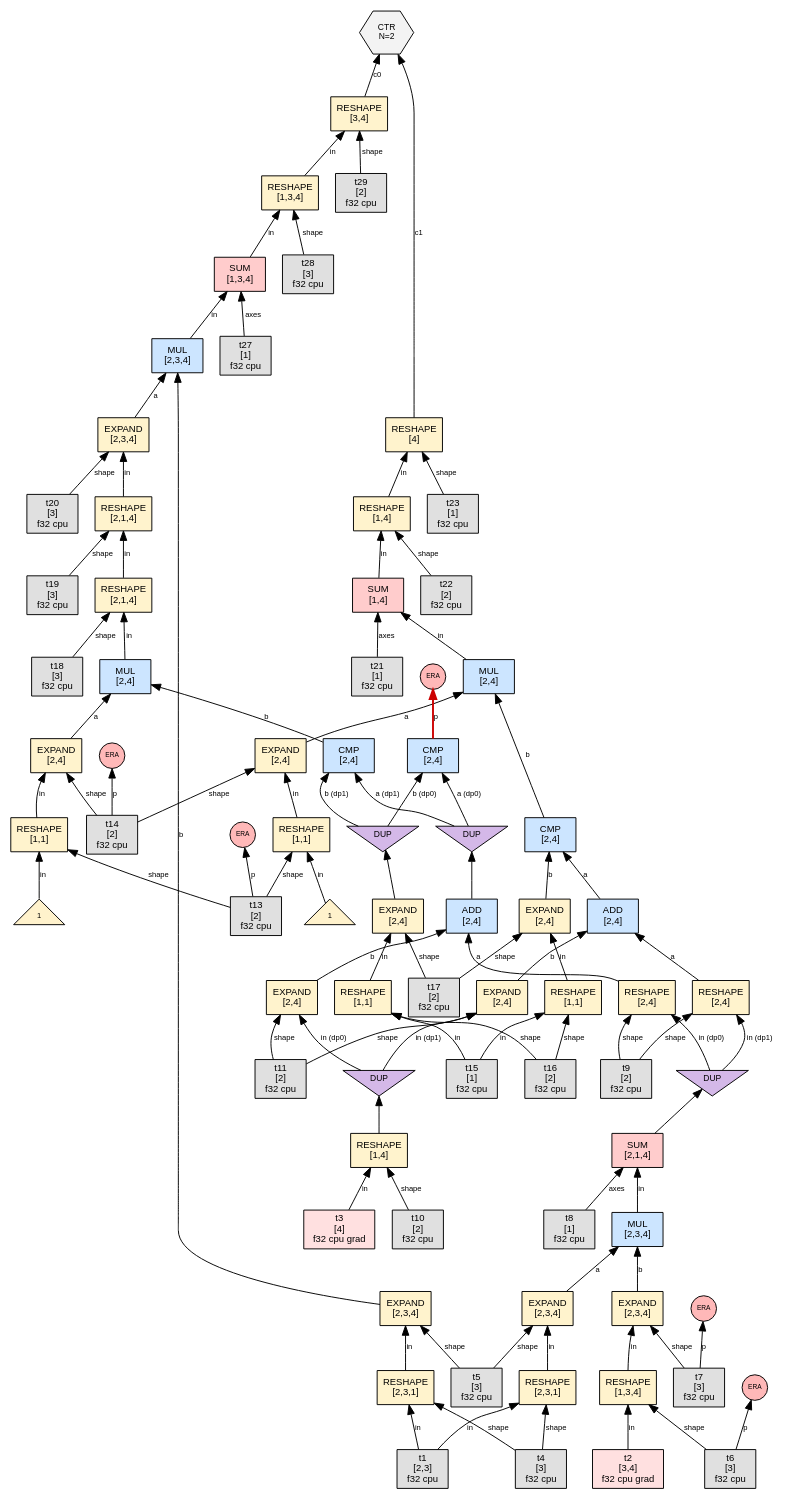
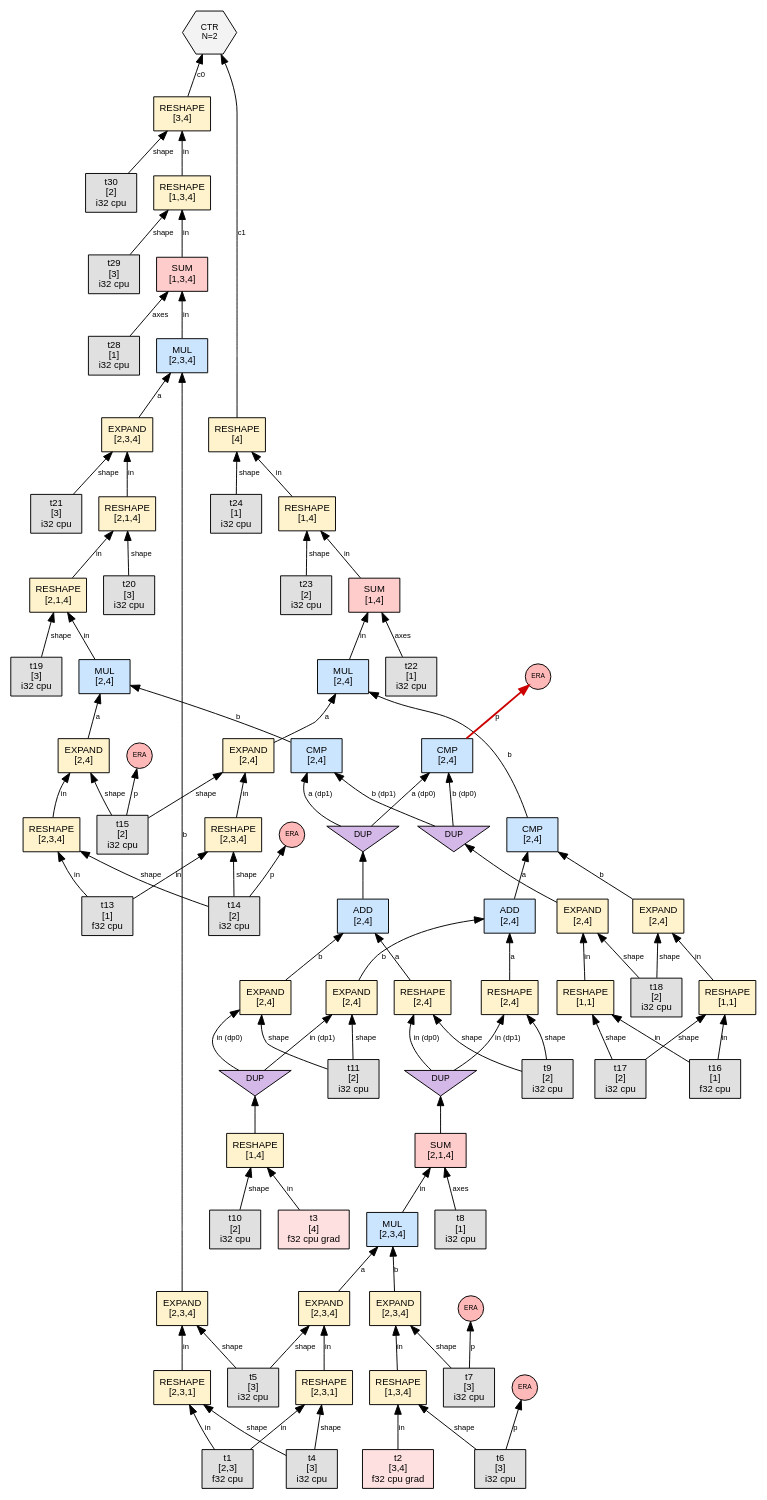
The diagram in phase1_graphs/tiny_linear_bias_keep/step_077_interact_DP1.dot (sw1sh/TinyHVM), drawn with Graphviz before and after one commit. The commit also changed 448 other files, not shown here.

First line of the commit message:
test: refresh archived phase graphs

```diff
--- a/phase1_graphs/tiny_linear_bias_keep/step_077_interact_DP1.dot
+++ b/phase1_graphs/tiny_linear_bias_keep/step_077_interact_DP1.dot
@@ -1,170 +1,169 @@
 digraph G {
   // PREV_INTERACTION: interact_DP1
   // NEXT_INTERACTION: interact_era_on_CMP
   rankdir=BT;
   node [fontname="Helvetica", fontsize=10, style=filled, shape=box, margin="0.1,0.05"];
   edge [fontsize=8, fontname="Helvetica"];
 
   n267 [label="RESHAPE\n[3,4]", shape=box, fillcolor="#fff3cd"];
   n251 -> n267 [label="in"];
-  t29 [label="t29\n[2]\nf32 cpu",shape=box,fillcolor="#e0e0e0"];
-  t29 -> n267 [label="shape"];
+  t30 [label="t30\n[2]\ni32 cpu",shape=box,fillcolor="#e0e0e0"];
+  t30 -> n267 [label="shape"];
   n173 [label="RESHAPE\n[4]", shape=box, fillcolor="#fff3cd"];
   n161 -> n173 [label="in"];
-  t23 [label="t23\n[1]\nf32 cpu",shape=box,fillcolor="#e0e0e0"];
-  t23 -> n173 [label="shape"];
+  t24 [label="t24\n[1]\ni32 cpu",shape=box,fillcolor="#e0e0e0"];
+  t24 -> n173 [label="shape"];
   ctr52 [label="CTR\nN=2", shape=hexagon, fillcolor="#f3f3f3", fontsize=9];
   n267 -> ctr52 [label="c0"];
   n173 -> ctr52 [label="c1"];
   n119 [label="SUM\n[2,1,4]", shape=box, fillcolor="#ffcccc"];
   n136 -> n119 [label="in"];
-  t8 [label="t8\n[1]\nf32 cpu",shape=box,fillcolor="#e0e0e0"];
+  t8 [label="t8\n[1]\ni32 cpu",shape=box,fillcolor="#e0e0e0"];
   t8 -> n119 [label="axes"];
   n167 [label="RESHAPE\n[1,4]", shape=box, fillcolor="#fff3cd"];
   t3 [label="t3\n[4]\nf32 cpu grad",shape=box,fillcolor="#ffe0e0"];
   t3 -> n167 [label="in"];
-  t10 [label="t10\n[2]\nf32 cpu",shape=box,fillcolor="#e0e0e0"];
+  t10 [label="t10\n[2]\ni32 cpu",shape=box,fillcolor="#e0e0e0"];
   t10 -> n167 [label="shape"];
   n181 [label="EXPAND\n[2,4]", shape=box, fillcolor="#fff3cd"];
   n275 -> n181 [label="in"];
-  t14 [label="t14\n[2]\nf32 cpu",shape=box,fillcolor="#e0e0e0"];
-  t14 -> n181 [label="shape"];
+  t15 [label="t15\n[2]\ni32 cpu",shape=box,fillcolor="#e0e0e0"];
+  t15 -> n181 [label="shape"];
   n186 [label="CMP\n[2,4]", shape=box, fillcolor="#cce5ff"];
   n279 -> n186 [label="a"];
   n285 -> n186 [label="b"];
   n136 [label="MUL\n[2,3,4]", shape=box, fillcolor="#cce5ff"];
   n190 -> n136 [label="a"];
   n195 -> n136 [label="b"];
   n190 [label="EXPAND\n[2,3,4]", shape=box, fillcolor="#fff3cd"];
   n227 -> n190 [label="in"];
-  t5 [label="t5\n[3]\nf32 cpu",shape=box,fillcolor="#e0e0e0"];
+  t5 [label="t5\n[3]\ni32 cpu",shape=box,fillcolor="#e0e0e0"];
   t5 -> n190 [label="shape"];
   n195 [label="EXPAND\n[2,3,4]", shape=box, fillcolor="#fff3cd"];
   n257 -> n195 [label="in"];
-  t7 [label="t7\n[3]\nf32 cpu",shape=box,fillcolor="#e0e0e0"];
+  t7 [label="t7\n[3]\ni32 cpu",shape=box,fillcolor="#e0e0e0"];
   t7 -> n195 [label="shape"];
   n202 [label="EXPAND\n[2,3,4]", shape=box, fillcolor="#fff3cd"];
   n290 -> n202 [label="in"];
-  t20 [label="t20\n[3]\nf32 cpu",shape=box,fillcolor="#e0e0e0"];
-  t20 -> n202 [label="shape"];
+  t21 [label="t21\n[3]\ni32 cpu",shape=box,fillcolor="#e0e0e0"];
+  t21 -> n202 [label="shape"];
   n212 [label="EXPAND\n[2,3,4]", shape=box, fillcolor="#fff3cd"];
   n233 -> n212 [label="in"];
   t5 -> n212 [label="shape"];
   n107 [label="MUL\n[2,4]", shape=box, fillcolor="#cce5ff"];
   n181 -> n107 [label="a"];
   n186 -> n107 [label="b"];
   n157 [label="SUM\n[1,4]", shape=box, fillcolor="#ffcccc"];
   n107 -> n157 [label="in"];
-  t21 [label="t21\n[1]\nf32 cpu",shape=box,fillcolor="#e0e0e0"];
-  t21 -> n157 [label="axes"];
+  t22 [label="t22\n[1]\ni32 cpu",shape=box,fillcolor="#e0e0e0"];
+  t22 -> n157 [label="axes"];
   n161 [label="RESHAPE\n[1,4]", shape=box, fillcolor="#fff3cd"];
   n157 -> n161 [label="in"];
-  t22 [label="t22\n[2]\nf32 cpu",shape=box,fillcolor="#e0e0e0"];
-  t22 -> n161 [label="shape"];
-  n275 [label="RESHAPE\n[1,1]", shape=box, fillcolor="#fff3cd"];
-  num275_0 [label="1",shape=triangle,fillcolor="#fff2cc",fontsize=8];
-  num275_0 -> n275 [label="in"];
-  t13 [label="t13\n[2]\nf32 cpu",shape=box,fillcolor="#e0e0e0"];
-  t13 -> n275 [label="shape"];
+  t23 [label="t23\n[2]\ni32 cpu",shape=box,fillcolor="#e0e0e0"];
+  t23 -> n161 [label="shape"];
+  n275 [label="RESHAPE\n[2,3,4]", shape=box, fillcolor="#fff3cd"];
+  t13 [label="t13\n[1]\nf32 cpu",shape=box,fillcolor="#e0e0e0"];
+  t13 -> n275 [label="in"];
+  t14 [label="t14\n[2]\ni32 cpu",shape=box,fillcolor="#e0e0e0"];
+  t14 -> n275 [label="shape"];
   n277 [label="ADD\n[2,4]", shape=box, fillcolor="#cce5ff"];
   n333 -> n277 [label="a"];
   n338 -> n277 [label="b"];
   n283 [label="EXPAND\n[2,4]", shape=box, fillcolor="#fff3cd"];
   n343 -> n283 [label="in"];
-  t17 [label="t17\n[2]\nf32 cpu",shape=box,fillcolor="#e0e0e0"];
-  t17 -> n283 [label="shape"];
+  t18 [label="t18\n[2]\ni32 cpu",shape=box,fillcolor="#e0e0e0"];
+  t18 -> n283 [label="shape"];
   n279 [label="ADD\n[2,4]", shape=box, fillcolor="#cce5ff"];
   n335 -> n279 [label="a"];
   n340 -> n279 [label="b"];
   n285 [label="EXPAND\n[2,4]", shape=box, fillcolor="#fff3cd"];
   n345 -> n285 [label="in"];
-  t17 -> n285 [label="shape"];
+  t18 -> n285 [label="shape"];
   n227 [label="RESHAPE\n[2,3,1]", shape=box, fillcolor="#fff3cd"];
   t1 [label="t1\n[2,3]\nf32 cpu",shape=box,fillcolor="#e0e0e0"];
   t1 -> n227 [label="in"];
-  t4 [label="t4\n[3]\nf32 cpu",shape=box,fillcolor="#e0e0e0"];
+  t4 [label="t4\n[3]\ni32 cpu",shape=box,fillcolor="#e0e0e0"];
   t4 -> n227 [label="shape"];
   n257 [label="RESHAPE\n[1,3,4]", shape=box, fillcolor="#fff3cd"];
   t2 [label="t2\n[3,4]\nf32 cpu grad",shape=box,fillcolor="#ffe0e0"];
   t2 -> n257 [label="in"];
-  t6 [label="t6\n[3]\nf32 cpu",shape=box,fillcolor="#e0e0e0"];
+  t6 [label="t6\n[3]\ni32 cpu",shape=box,fillcolor="#e0e0e0"];
   t6 -> n257 [label="shape"];
   n290 [label="RESHAPE\n[2,1,4]", shape=box, fillcolor="#fff3cd"];
   n307 -> n290 [label="in"];
-  t19 [label="t19\n[3]\nf32 cpu",shape=box,fillcolor="#e0e0e0"];
-  t19 -> n290 [label="shape"];
+  t20 [label="t20\n[3]\ni32 cpu",shape=box,fillcolor="#e0e0e0"];
+  t20 -> n290 [label="shape"];
   n233 [label="RESHAPE\n[2,3,1]", shape=box, fillcolor="#fff3cd"];
   t1 -> n233 [label="in"];
   t4 -> n233 [label="shape"];
   n147 [label="MUL\n[2,3,4]", shape=box, fillcolor="#cce5ff"];
   n202 -> n147 [label="a"];
   n212 -> n147 [label="b"];
   n247 [label="SUM\n[1,3,4]", shape=box, fillcolor="#ffcccc"];
   n147 -> n247 [label="in"];
-  t27 [label="t27\n[1]\nf32 cpu",shape=box,fillcolor="#e0e0e0"];
-  t27 -> n247 [label="axes"];
+  t28 [label="t28\n[1]\ni32 cpu",shape=box,fillcolor="#e0e0e0"];
+  t28 -> n247 [label="axes"];
   n251 [label="RESHAPE\n[1,3,4]", shape=box, fillcolor="#fff3cd"];
   n247 -> n251 [label="in"];
-  t28 [label="t28\n[3]\nf32 cpu",shape=box,fillcolor="#e0e0e0"];
-  t28 -> n251 [label="shape"];
+  t29 [label="t29\n[3]\ni32 cpu",shape=box,fillcolor="#e0e0e0"];
+  t29 -> n251 [label="shape"];
   n333 [label="RESHAPE\n[2,4]", shape=box, fillcolor="#fff3cd"];
   dup337 [label="DUP", shape=invtriangle, fillcolor="#d4b8e8", fontsize=9, width=0.7, height=0.5];
   n119 -> dup337;
   dup337 -> n333 [label="in (dp0)"];
-  t9 [label="t9\n[2]\nf32 cpu",shape=box,fillcolor="#e0e0e0"];
+  t9 [label="t9\n[2]\ni32 cpu",shape=box,fillcolor="#e0e0e0"];
   t9 -> n333 [label="shape"];
   n338 [label="EXPAND\n[2,4]", shape=box, fillcolor="#fff3cd"];
   dup342 [label="DUP", shape=invtriangle, fillcolor="#d4b8e8", fontsize=9, width=0.7, height=0.5];
   n167 -> dup342;
   dup342 -> n338 [label="in (dp0)"];
-  t11 [label="t11\n[2]\nf32 cpu",shape=box,fillcolor="#e0e0e0"];
+  t11 [label="t11\n[2]\ni32 cpu",shape=box,fillcolor="#e0e0e0"];
   t11 -> n338 [label="shape"];
   n335 [label="RESHAPE\n[2,4]", shape=box, fillcolor="#fff3cd"];
   dup337 -> n335 [label="in (dp1)"];
   t9 -> n335 [label="shape"];
   n340 [label="EXPAND\n[2,4]", shape=box, fillcolor="#fff3cd"];
   dup342 -> n340 [label="in (dp1)"];
   t11 -> n340 [label="shape"];
   n343 [label="RESHAPE\n[1,1]", shape=box, fillcolor="#fff3cd"];
-  t15 [label="t15\n[1]\nf32 cpu",shape=box,fillcolor="#e0e0e0"];
-  t15 -> n343 [label="in"];
-  t16 [label="t16\n[2]\nf32 cpu",shape=box,fillcolor="#e0e0e0"];
-  t16 -> n343 [label="shape"];
+  t16 [label="t16\n[1]\nf32 cpu",shape=box,fillcolor="#e0e0e0"];
+  t16 -> n343 [label="in"];
+  t17 [label="t17\n[2]\ni32 cpu",shape=box,fillcolor="#e0e0e0"];
+  t17 -> n343 [label="shape"];
   n345 [label="RESHAPE\n[1,1]", shape=box, fillcolor="#fff3cd"];
-  t15 -> n345 [label="in"];
-  t16 -> n345 [label="shape"];
+  t16 -> n345 [label="in"];
+  t17 -> n345 [label="shape"];
   n307 [label="RESHAPE\n[2,1,4]", shape=box, fillcolor="#fff3cd"];
   n314 -> n307 [label="in"];
-  t18 [label="t18\n[3]\nf32 cpu",shape=box,fillcolor="#e0e0e0"];
-  t18 -> n307 [label="shape"];
+  t19 [label="t19\n[3]\ni32 cpu",shape=box,fillcolor="#e0e0e0"];
+  t19 -> n307 [label="shape"];
   n314 [label="MUL\n[2,4]", shape=box, fillcolor="#cce5ff"];
   n322 -> n314 [label="a"];
   n353 -> n314 [label="b"];
   n322 [label="EXPAND\n[2,4]", shape=box, fillcolor="#fff3cd"];
   n329 -> n322 [label="in"];
-  t14 -> n322 [label="shape"];
+  t15 -> n322 [label="shape"];
   n353 [label="CMP\n[2,4]", shape=box, fillcolor="#cce5ff"];
   dup355 [label="DUP", shape=invtriangle, fillcolor="#d4b8e8", fontsize=9, width=0.7, height=0.5];
   n277 -> dup355;
   dup355 -> n353 [label="a (dp1)"];
   dup356 [label="DUP", shape=invtriangle, fillcolor="#d4b8e8", fontsize=9, width=0.7, height=0.5];
   n283 -> dup356;
   dup356 -> n353 [label="b (dp1)"];
   n351 [label="CMP\n[2,4]", shape=box, fillcolor="#cce5ff"];
   dup355 -> n351 [label="a (dp0)"];
   dup356 -> n351 [label="b (dp0)"];
   era319 [label="ERA",shape=circle,width=0.38,height=0.38,fixedsize=true,fillcolor="#ffb8b8",fontsize=7];
   n351 -> era319 [label="p",color="#cc0000",penwidth=2.0];
-  n329 [label="RESHAPE\n[1,1]", shape=box, fillcolor="#fff3cd"];
-  num329_0 [label="1",shape=triangle,fillcolor="#fff2cc",fontsize=8];
-  num329_0 -> n329 [label="in"];
-  t13 -> n329 [label="shape"];
+  n329 [label="RESHAPE\n[2,3,4]", shape=box, fillcolor="#fff3cd"];
+  t13 -> n329 [label="in"];
+  t14 -> n329 [label="shape"];
   era326 [label="ERA",shape=circle,width=0.38,height=0.38,fixedsize=true,fillcolor="#ffb8b8",fontsize=7];
-  t14 -> era326 [label="p"];
+  t15 -> era326 [label="p"];
   era332 [label="ERA",shape=circle,width=0.38,height=0.38,fixedsize=true,fillcolor="#ffb8b8",fontsize=7];
-  t13 -> era332 [label="p"];
+  t14 -> era332 [label="p"];
   era348 [label="ERA",shape=circle,width=0.38,height=0.38,fixedsize=true,fillcolor="#ffb8b8",fontsize=7];
   t7 -> era348 [label="p"];
   era350 [label="ERA",shape=circle,width=0.38,height=0.38,fixedsize=true,fillcolor="#ffb8b8",fontsize=7];
   t6 -> era350 [label="p"];
 }
```
